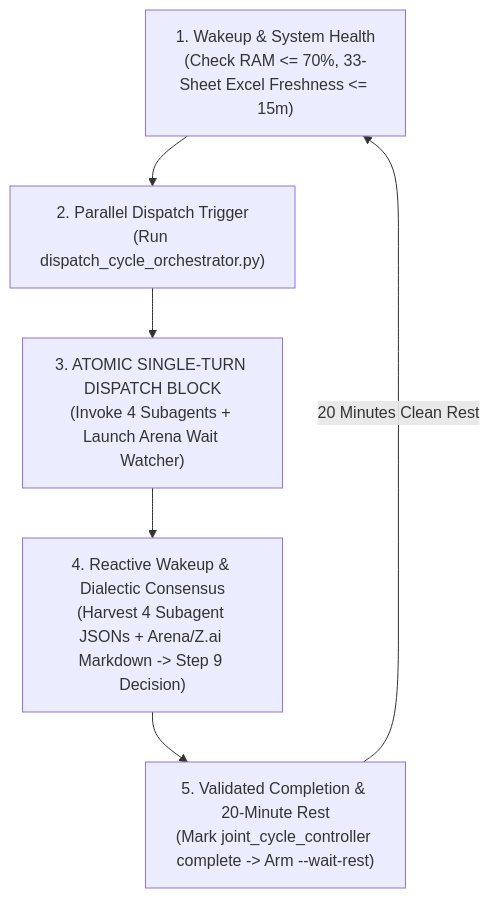
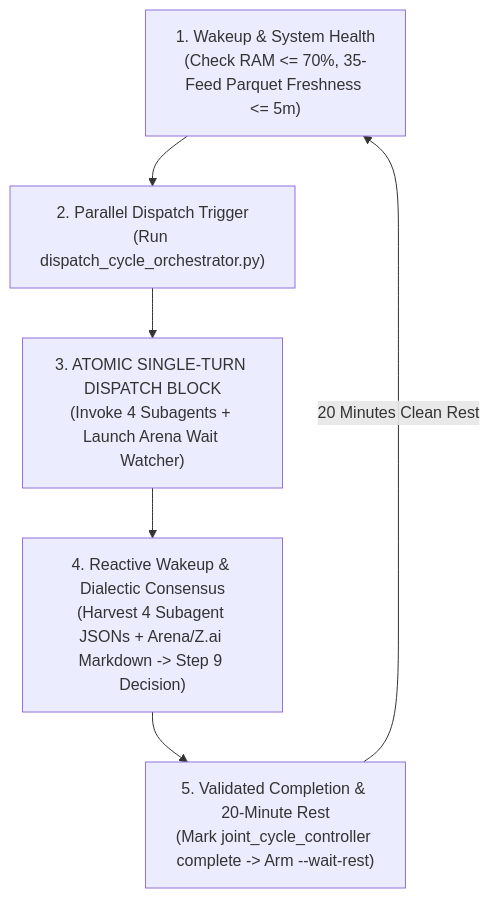
One commit to kbsingh1399/Trading_2 changed the diagram in docs/specs/CYCLE_LIFECYCLE_CHECKLIST.md. Above: the diagram before and after it, drawn with Mermaid. The commit also changed other lines of this file and 239 other files, not shown here.

First line of the commit message:
feat(parquet): complete 35-feed parquet migration, footprint bar metrics & narrative decision chain

````diff
--- a/docs/specs/CYCLE_LIFECYCLE_CHECKLIST.md
+++ b/docs/specs/CYCLE_LIFECYCLE_CHECKLIST.md
@@ -26,8 +26,8 @@
 ```mermaid
 flowchart TD
-    S1["1. Wakeup & System Health<br/>(Check RAM <= 70%, 33-Sheet Excel Freshness <= 15m)"] --> S2["2. Parallel Dispatch Trigger<br/>(Run dispatch_cycle_orchestrator.py)"]
+    S1["1. Wakeup & System Health<br/>(Check RAM <= 70%, 35-Feed Parquet Freshness <= 5m)"] --> S2["2. Parallel Dispatch Trigger<br/>(Run dispatch_cycle_orchestrator.py)"]
     S2 --> S3["3. ATOMIC SINGLE-TURN DISPATCH BLOCK<br/>(Invoke 4 Subagents + Launch Arena Wait Watcher)"]
     S3 --> S4["4. Reactive Wakeup & Dialectic Consensus<br/>(Harvest 4 Subagent JSONs + Arena/Z.ai Markdown -> Step 9 Decision)"]
     S4 --> S5["5. Validated Completion & 20-Minute Rest<br/>(Mark joint_cycle_controller complete -> Arm --wait-rest)"]
     S5 -->|20 Minutes Clean Rest| S1
 ```
````
